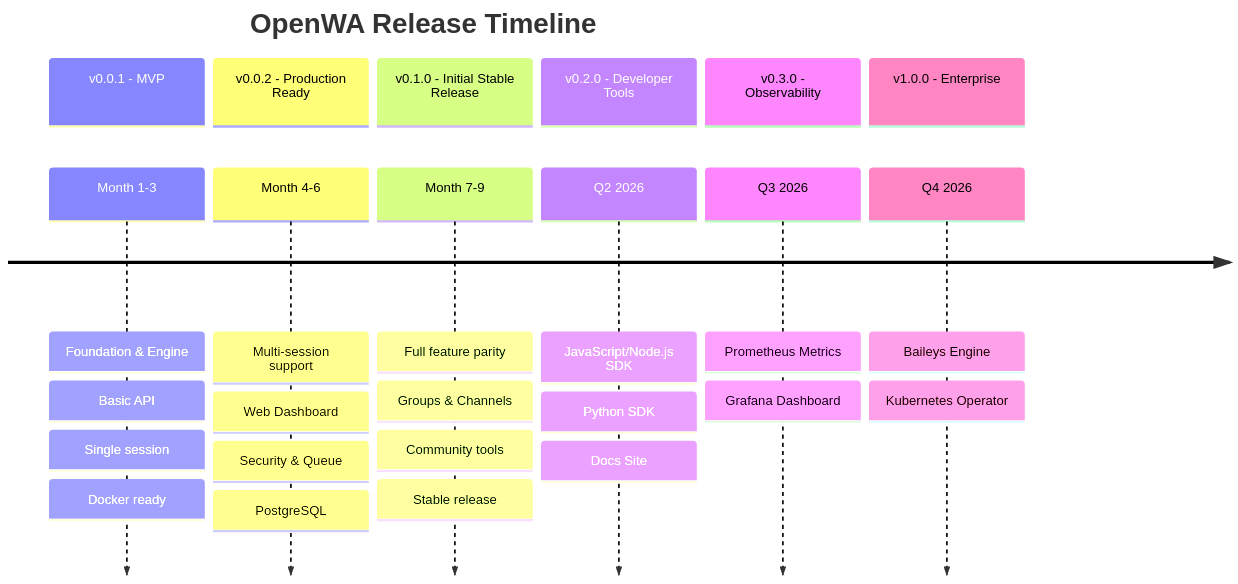
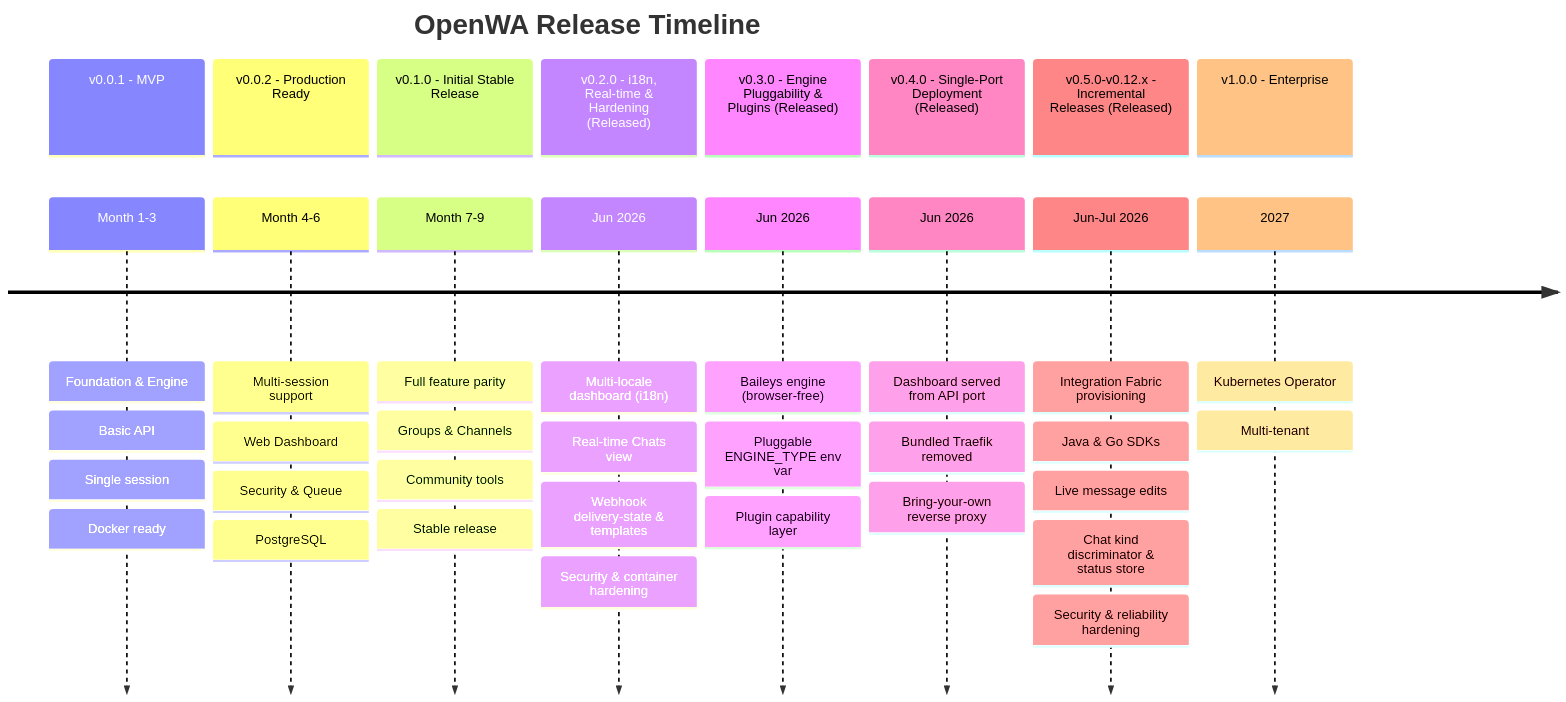
Before and after one commit to Carnaval-Team/VentIQ-seller-App: the first of 7 diagrams in ventiq_admin_app/docs_wapi/15-project-roadmap.md, drawn with Mermaid. The commit also changed other lines of this file and 39 other files, not shown here.

````diff
--- a/ventiq_admin_app/docs_wapi/15-project-roadmap.md
+++ b/ventiq_admin_app/docs_wapi/15-project-roadmap.md
@@ -5,35 +5,49 @@
 ```mermaid
 timeline
     title OpenWA Release Timeline
 
     section v0.0.1 - MVP
         Month 1-3 : Foundation & Engine
                   : Basic API
                   : Single session
                   : Docker ready
 
     section v0.0.2 - Production Ready
         Month 4-6 : Multi-session support
                   : Web Dashboard
                   : Security & Queue
                   : PostgreSQL
 
     section v0.1.0 - Initial Stable Release
         Month 7-9 : Full feature parity
                   : Groups & Channels
                   : Community tools
                   : Stable release
 
-    section v0.2.0 - Developer Tools
-        Q2 2026 : JavaScript/Node.js SDK
-                : Python SDK
-                : Docs Site
+    section v0.2.0 - i18n, Real-time & Hardening (Released)
+        Jun 2026 : Multi-locale dashboard (i18n)
+                 : Real-time Chats view
+                 : Webhook delivery-state & templates
+                 : Security & container hardening
 
-    section v0.3.0 - Observability
-        Q3 2026 : Prometheus Metrics
-                : Grafana Dashboard
+    section v0.3.0 - Engine Pluggability & Plugins (Released)
+        Jun 2026 : Baileys engine (browser-free)
+                 : Pluggable ENGINE_TYPE env var
+                 : Plugin capability layer
+
+    section v0.4.0 - Single-Port Deployment (Released)
+        Jun 2026 : Dashboard served from API port
+                 : Bundled Traefik removed
+                 : Bring-your-own reverse proxy
+
+    section v0.5.0-v0.12.x - Incremental Releases (Released)
+        Jun-Jul 2026 : Integration Fabric provisioning
+                     : Java & Go SDKs
+                     : Live message edits
+                     : Chat kind discriminator & status store
+                     : Security & reliability hardening
 
     section v1.0.0 - Enterprise
-        Q4 2026 : Baileys Engine
-                : Kubernetes Operator
+        2027 : Kubernetes Operator
+             : Multi-tenant
 ```
````
